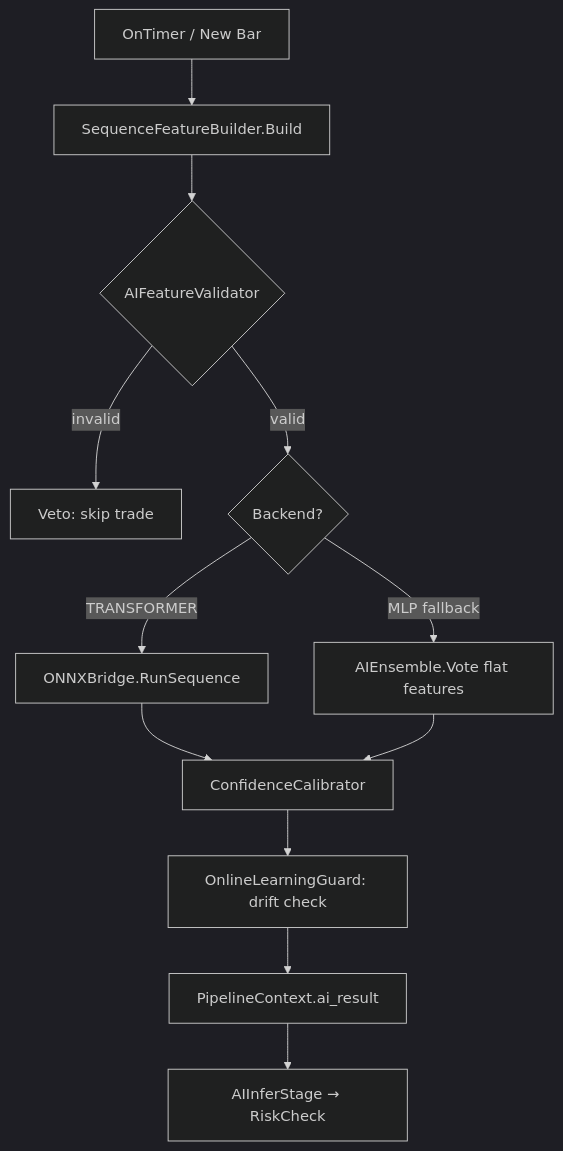
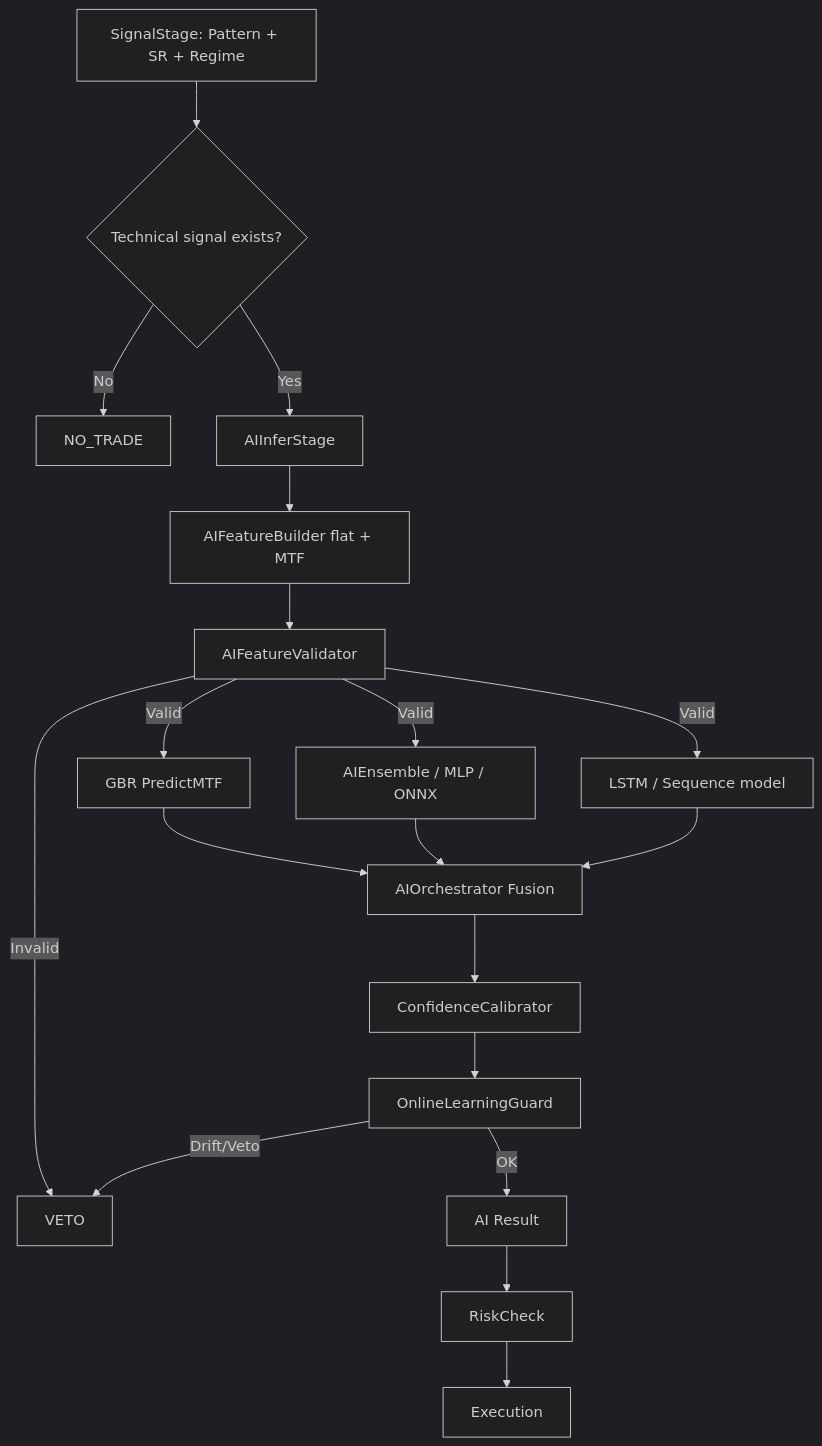
The second of 2 diagrams in Include/PASR/docs/Artificial_Inteligent_Development.md (sakuninfinix-svg/MQL5), drawn with Mermaid (dark theme) before and after one commit. The commit also changed other lines of this file, not shown here.

Commit message:
docs(ai): update data-type based AI architecture

````diff
--- a/Include/PASR/docs/Artificial_Inteligent_Development.md
+++ b/Include/PASR/docs/Artificial_Inteligent_Development.md
@@ -373,14 +476,26 @@
 ```mermaid
 flowchart TD
-    A[OnTimer / New Bar] --> B[SequenceFeatureBuilder.Build]
-    B --> C{AIFeatureValidator}
-    C -- invalid --> V[Veto: skip trade]
-    C -- valid --> D{Backend?}
-    D -- TRANSFORMER --> E[ONNXBridge.RunSequence]
-    D -- MLP fallback --> F[AIEnsemble.Vote flat features]
-    E --> G[ConfidenceCalibrator]
-    F --> G
-    G --> H[OnlineLearningGuard: drift check]
-    H --> I[PipelineContext.ai_result]
-    I --> J[AIInferStage → RiskCheck]
+    A[SignalStage: Pattern + SR + Regime] --> B{Technical signal exists?}
+    B -- No --> Z[NO_TRADE]
+    B -- Yes --> C[AIInferStage]
+
+    C --> D[AIFeatureBuilder flat + MTF]
+    D --> E[AIFeatureValidator]
+    E -- Invalid --> V[VETO]
+
+    E -- Valid --> F1[GBR PredictMTF]
+    E -- Valid --> F2[AIEnsemble / MLP / ONNX]
+    E -- Valid --> F3[LSTM / Sequence model]
+
+    F1 --> G[AIOrchestrator Fusion]
+    F2 --> G
+    F3 --> G
+
+    G --> H[ConfidenceCalibrator]
+    H --> I[OnlineLearningGuard]
+    I -- Drift/Veto --> V
+    I -- OK --> J[AI Result]
+
+    J --> K[RiskCheck]
+    K --> L[Execution]
 ```
````
